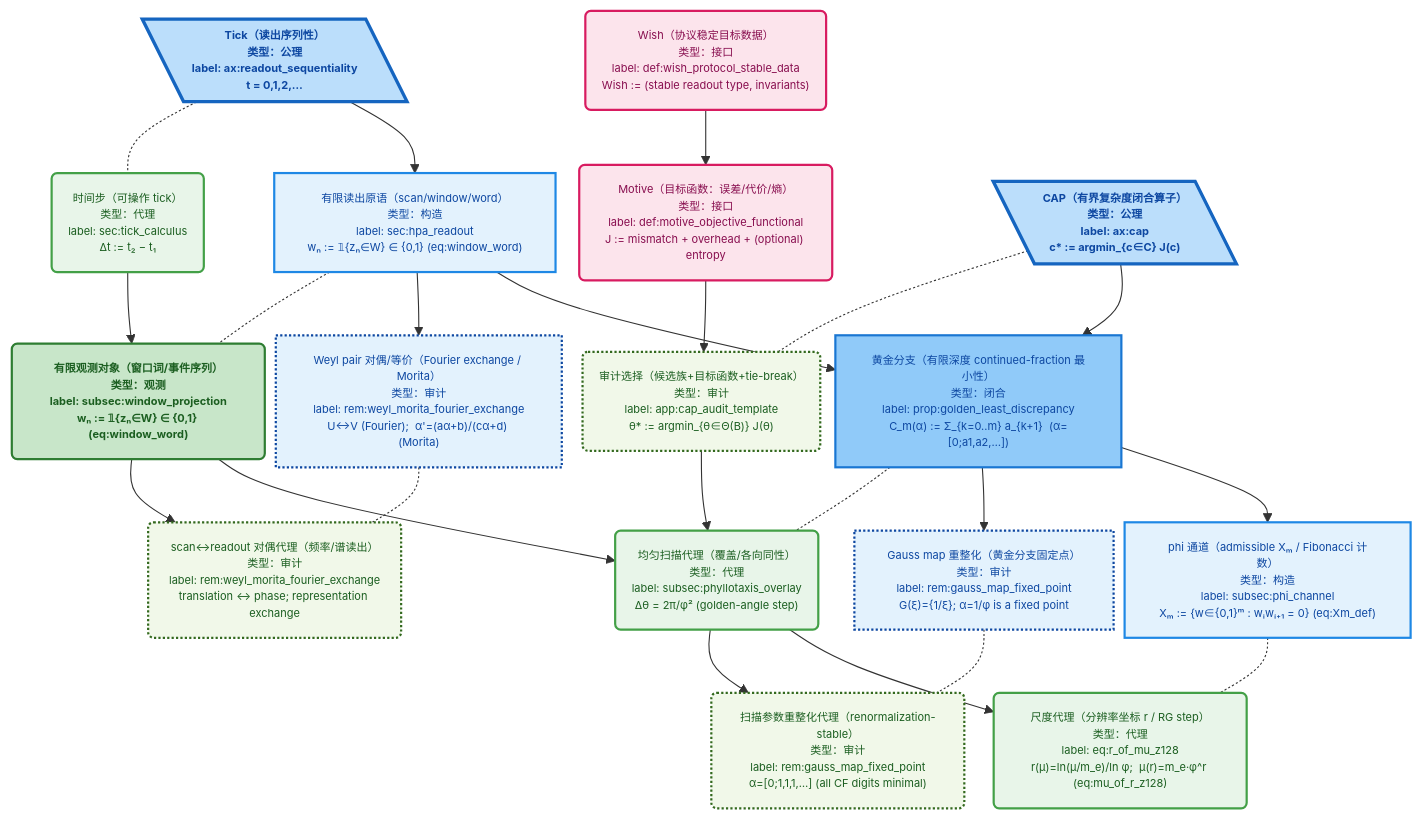
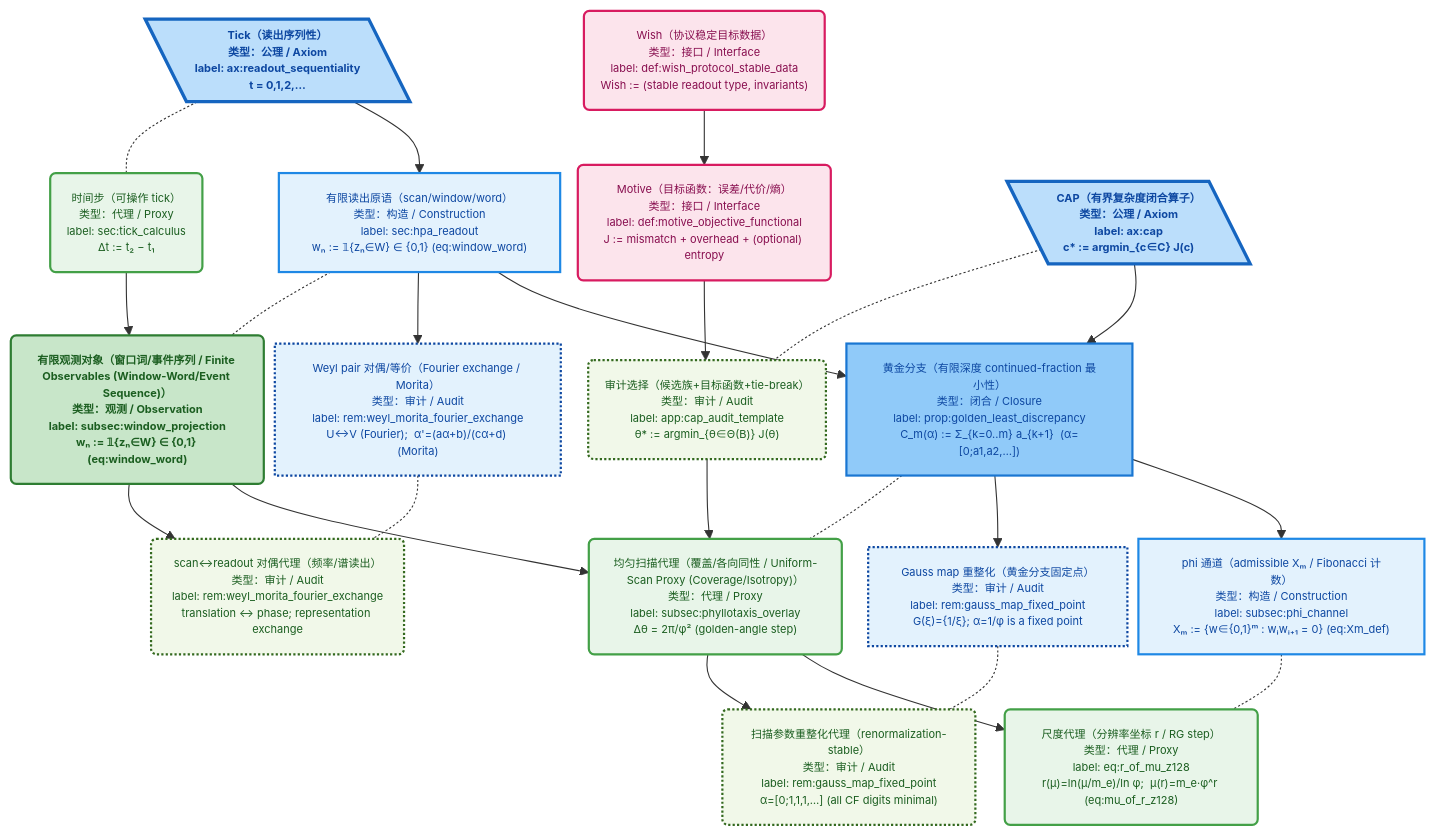
One commit to loning/the-omega changed the first of 11 diagrams in docs/papers/2025_z128_standard_model_stable_sector_hpa_omega/architecture_dag.md. Above: the diagram before and after it, drawn with Mermaid. The commit also changed other lines of this file, not shown here.

First line of the commit message:
Update architecture DAG with bilingual terminology and enhanced clarity

````diff
--- a/docs/papers/2025_z128_standard_model_stable_sector_hpa_omega/architecture_dag.md
+++ b/docs/papers/2025_z128_standard_model_stable_sector_hpa_omega/architecture_dag.md
@@ -51,77 +51,77 @@
 ```mermaid
 %%{init: {"maxTextSize": 100000, "flowchart": {"useMaxWidth": false, "nodeSpacing": 10, "rankSpacing": 50}, "themeVariables": {"fontSize": "10px"}}}%%
 flowchart TB
 
-  P_wish("Wish（协议稳定目标数据）<br/>类型：接口<br/>label: def:wish_protocol_stable_data<br/>Wish := (stable readout type, invariants)")
-  P_motive("Motive（目标函数：误差/代价/熵）<br/>类型：接口<br/>label: def:motive_objective_functional<br/>J := mismatch + overhead + (optional) entropy")
+  P_wish("Wish（协议稳定目标数据）<br/>类型：接口 / Interface<br/>label: def:wish_protocol_stable_data<br/>Wish := (stable readout type, invariants)")
+  P_motive("Motive（目标函数：误差/代价/熵）<br/>类型：接口 / Interface<br/>label: def:motive_objective_functional<br/>J := mismatch + overhead + (optional) entropy")
 
-  M_tick@{ shape: lean-l, label: "Tick（读出序列性）<br/>类型：公理<br/>label: ax:readout_sequentiality<br/>t = 0,1,2,…" }
-  P_dt("时间步（可操作 tick）<br/>类型：代理<br/>label: sec:tick_calculus<br/>Δt := t₂ − t₁")
+  M_tick@{ shape: lean-l, label: "Tick（读出序列性）<br/>类型：公理 / Axiom<br/>label: ax:readout_sequentiality<br/>t = 0,1,2,…" }
+  P_dt("时间步（可操作 tick）<br/>类型：代理 / Proxy<br/>label: sec:tick_calculus<br/>Δt := t₂ − t₁")
   M_tick -.- P_dt
 
-  M_readout["有限读出原语（scan/window/word）<br/>类型：构造<br/>label: sec:hpa_readout<br/>wₙ := 𝟙{zₙ∈W} ∈ {0,1} (eq:window_word)"]
-  P_obs("有限观测对象（窗口词/事件序列）<br/>类型：观测<br/>label: subsec:window_projection<br/>wₙ := 𝟙{zₙ∈W} ∈ {0,1} (eq:window_word)")
+  M_readout["有限读出原语（scan/window/word）<br/>类型：构造 / Construction<br/>label: sec:hpa_readout<br/>wₙ := 𝟙{zₙ∈W} ∈ {0,1} (eq:window_word)"]
+  P_obs("有限观测对象（窗口词/事件序列 / Finite Observables (Window-Word/Event Sequence)）<br/>类型：观测 / Observation<br/>label: subsec:window_projection<br/>wₙ := 𝟙{zₙ∈W} ∈ {0,1} (eq:window_word)")
   M_readout -.- P_obs
 
-  M_morita["Weyl pair 对偶/等价（Fourier exchange / Morita）<br/>类型：审计<br/>label: rem:weyl_morita_fourier_exchange<br/>U↔V (Fourier);  α'=(aα+b)/(cα+d) (Morita)"]
-  P_morita("scan↔readout 对偶代理（频率/谱读出）<br/>类型：审计<br/>label: rem:weyl_morita_fourier_exchange<br/>translation ↔ phase; representation exchange")
+  M_morita["Weyl pair 对偶/等价（Fourier exchange / Morita）<br/>类型：审计 / Audit<br/>label: rem:weyl_morita_fourier_exchange<br/>U↔V (Fourier);  α'=(aα+b)/(cα+d) (Morita)"]
+  P_morita("scan↔readout 对偶代理（频率/谱读出）<br/>类型：审计 / Audit<br/>label: rem:weyl_morita_fourier_exchange<br/>translation ↔ phase; representation exchange")
   M_morita -.- P_morita
 
-  M_cap@{ shape: lean-l, label: "CAP（有界复杂度闭合算子）<br/>类型：公理<br/>label: ax:cap<br/>c* := argmin_{c∈C} J(c)" }
-  P_select("审计选择（候选族+目标函数+tie-break）<br/>类型：审计<br/>label: app:cap_audit_template<br/>θ* := argmin_{θ∈Θ(B)} J(θ)")
+  M_cap@{ shape: lean-l, label: "CAP（有界复杂度闭合算子）<br/>类型：公理 / Axiom<br/>label: ax:cap<br/>c* := argmin_{c∈C} J(c)" }
+  P_select("审计选择（候选族+目标函数+tie-break）<br/>类型：审计 / Audit<br/>label: app:cap_audit_template<br/>θ* := argmin_{θ∈Θ(B)} J(θ)")
   M_cap -.- P_select
 
-  M_golden["黄金分支（有限深度 continued-fraction 最小性）<br/>类型：闭合<br/>label: prop:golden_least_discrepancy<br/>C_m(α) := Σ_{k=0..m} a_{k+1}  (α=[0;a1,a2,…])"]
-  P_scan("均匀扫描代理（覆盖/各向同性）<br/>类型：代理<br/>label: subsec:phyllotaxis_overlay<br/>Δθ = 2π/φ² (golden-angle step)")
+  M_golden["黄金分支（有限深度 continued-fraction 最小性）<br/>类型：闭合 / Closure<br/>label: prop:golden_least_discrepancy<br/>C_m(α) := Σ_{k=0..m} a_{k+1}  (α=[0;a1,a2,…])"]
+  P_scan("均匀扫描代理（覆盖/各向同性 / Uniform-Scan Proxy (Coverage/Isotropy)）<br/>类型：代理 / Proxy<br/>label: subsec:phyllotaxis_overlay<br/>Δθ = 2π/φ² (golden-angle step)")
   M_golden -.- P_scan
 
-  M_gauss["Gauss map 重整化（黄金分支固定点）<br/>类型：审计<br/>label: rem:gauss_map_fixed_point<br/>G(ξ)={1/ξ};  α=1/φ is a fixed point"]
-  P_gauss("扫描参数重整化代理（renormalization-stable）<br/>类型：审计<br/>label: rem:gauss_map_fixed_point<br/>α=[0;1,1,1,…] (all CF digits minimal)")
+  M_gauss["Gauss map 重整化（黄金分支固定点）<br/>类型：审计 / Audit<br/>label: rem:gauss_map_fixed_point<br/>G(ξ)={1/ξ};  α=1/φ is a fixed point"]
+  P_gauss("扫描参数重整化代理（renormalization-stable）<br/>类型：审计 / Audit<br/>label: rem:gauss_map_fixed_point<br/>α=[0;1,1,1,…] (all CF digits minimal)")
   M_gauss -.- P_gauss
 
-  M_phi["phi 通道（admissible Xₘ / Fibonacci 计数）<br/>类型：构造<br/>label: subsec:phi_channel<br/>Xₘ := {w∈{0,1}ᵐ : wᵢwᵢ₊₁ = 0} (eq:Xm_def)"]
-  P_phi("尺度代理（分辨率坐标 r / RG step）<br/>类型：代理<br/>label: eq:r_of_mu_z128<br/>r(μ)=ln(μ/m_e)/ln φ;  μ(r)=m_e·φ^r (eq:mu_of_r_z128)")
+  M_phi["phi 通道（admissible Xₘ / Fibonacci 计数）<br/>类型：构造 / Construction<br/>label: subsec:phi_channel<br/>Xₘ := {w∈{0,1}ᵐ : wᵢwᵢ₊₁ = 0} (eq:Xm_def)"]
+  P_phi("尺度代理（分辨率坐标 r / RG step）<br/>类型：代理 / Proxy<br/>label: eq:r_of_mu_z128<br/>r(μ)=ln(μ/m_e)/ln φ;  μ(r)=m_e·φ^r (eq:mu_of_r_z128)")
   M_phi -.- P_phi
 
   P_wish --> P_motive --> P_select
 
   M_tick --> M_readout
   P_dt --> P_obs
   M_readout --> M_morita
   P_obs --> P_morita
 
   M_cap --> M_golden
   M_readout --> M_golden
   P_select --> P_scan
   P_obs --> P_scan
   M_golden --> M_gauss
   P_scan --> P_gauss
 
   M_golden --> M_phi
   P_scan --> P_phi
 
   classDef iface fill:#FCE4EC,stroke:#D81B60,color:#880E4F,stroke-width:2px;
   classDef open_problem fill:#FFEBEE,stroke:#C62828,color:#B71C1C,stroke-width:2px,font-weight:700;
   classDef not_closed fill:#FFF3E0,stroke:#EF6C00,color:#E65100,stroke-width:2px;
   classDef scope_gap fill:#EEEEEE,stroke:#616161,color:#212121,stroke-width:2px,stroke-dasharray: 2 2;
   classDef math_axiom fill:#BBDEFB,stroke:#1565C0,color:#0D47A1,stroke-width:3px,font-weight:700;
   classDef math_construct fill:#E3F2FD,stroke:#1E88E5,color:#0D47A1,stroke-width:2px;
   classDef math_closure fill:#90CAF9,stroke:#1976D2,color:#0D47A1,stroke-width:2px;
   classDef math_cont fill:#E1F5FE,stroke:#039BE5,color:#01579B,stroke-width:2px;
   classDef math_assumption fill:#E3F2FD,stroke:#1E88E5,color:#0D47A1,stroke-width:2px,stroke-dasharray: 6 3;
   classDef math_audit fill:#E3F2FD,stroke:#0D47A1,color:#0D47A1,stroke-width:2px,stroke-dasharray: 2 2;
   classDef phys_proxy fill:#E8F5E9,stroke:#43A047,color:#1B5E20,stroke-width:2px;
   classDef phys_obs fill:#C8E6C9,stroke:#2E7D32,color:#1B5E20,stroke-width:2px,font-weight:700;
   classDef phys_dict fill:#A5D6A7,stroke:#388E3C,color:#1B5E20,stroke-width:2px;
   classDef phys_model fill:#F1F8E9,stroke:#558B2F,color:#1B5E20,stroke-width:2px;
   classDef phys_audit fill:#F1F8E9,stroke:#33691E,color:#1B5E20,stroke-width:2px,stroke-dasharray: 2 2;
 
   class P_wish,P_motive iface;
   class M_tick,M_cap math_axiom;
   class M_readout,M_phi math_construct;
   class M_golden math_closure;
   class M_morita,M_gauss math_audit;
   class P_dt,P_scan,P_phi phys_proxy;
   class P_obs phys_obs;
   class P_morita,P_gauss,P_select phys_audit;
 ```
````
